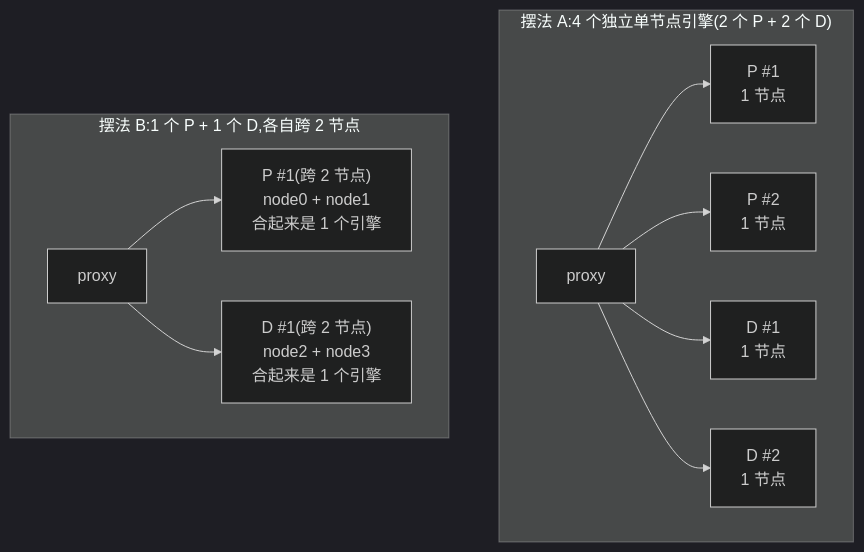
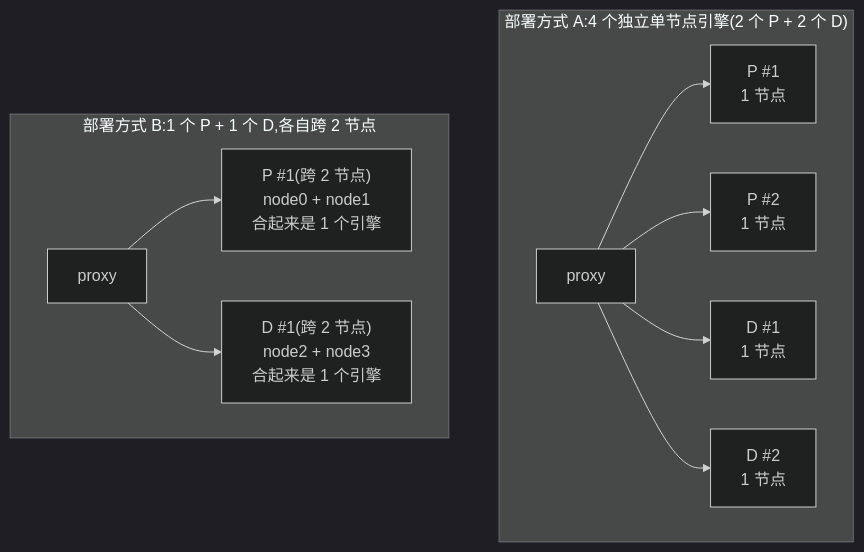
The third of 4 diagrams in docs/pd-tutorial.md (xuopoj/ma-vllm-samples), drawn with Mermaid (dark theme) before and after one commit. The commit also changed other lines of this file, not shown here.

````diff
--- a/docs/pd-tutorial.md
+++ b/docs/pd-tutorial.md
@@ -134,18 +134,18 @@
 ```mermaid
 flowchart TB
-    subgraph A["摆法 A:4 个独立单节点引擎(2 个 P + 2 个 D)"]
+    subgraph A["部署方式 A:4 个独立单节点引擎(2 个 P + 2 个 D)"]
         direction LR
         pa["proxy"]
         pa --> PA1["P #1<br/>1 节点"]
         pa --> PA2["P #2<br/>1 节点"]
         pa --> DA1["D #1<br/>1 节点"]
         pa --> DA2["D #2<br/>1 节点"]
     end
 
-    subgraph B["摆法 B:1 个 P + 1 个 D,各自跨 2 节点"]
+    subgraph B["部署方式 B:1 个 P + 1 个 D,各自跨 2 节点"]
         direction LR
         pb["proxy"]
         pb --> PB["P #1(跨 2 节点)<br/>node0 + node1<br/>合起来是 1 个引擎"]
         pb --> DB["D #1(跨 2 节点)<br/>node2 + node3<br/>合起来是 1 个引擎"]
     end
 ```
````
